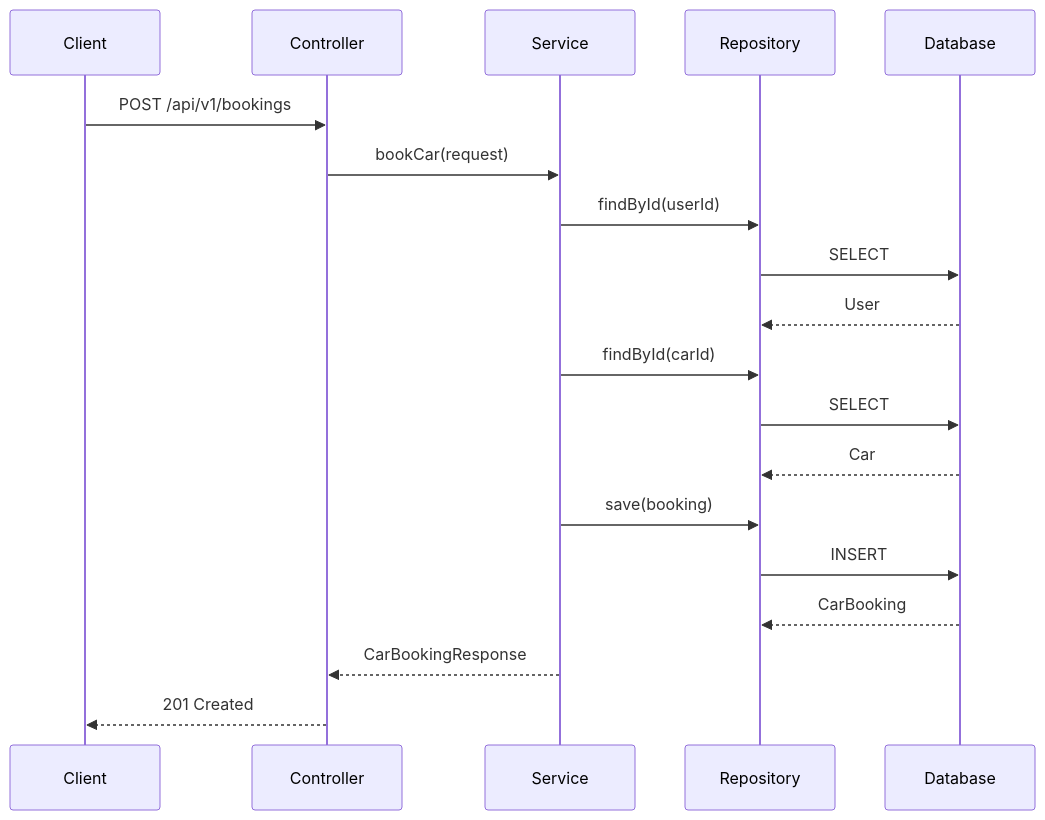
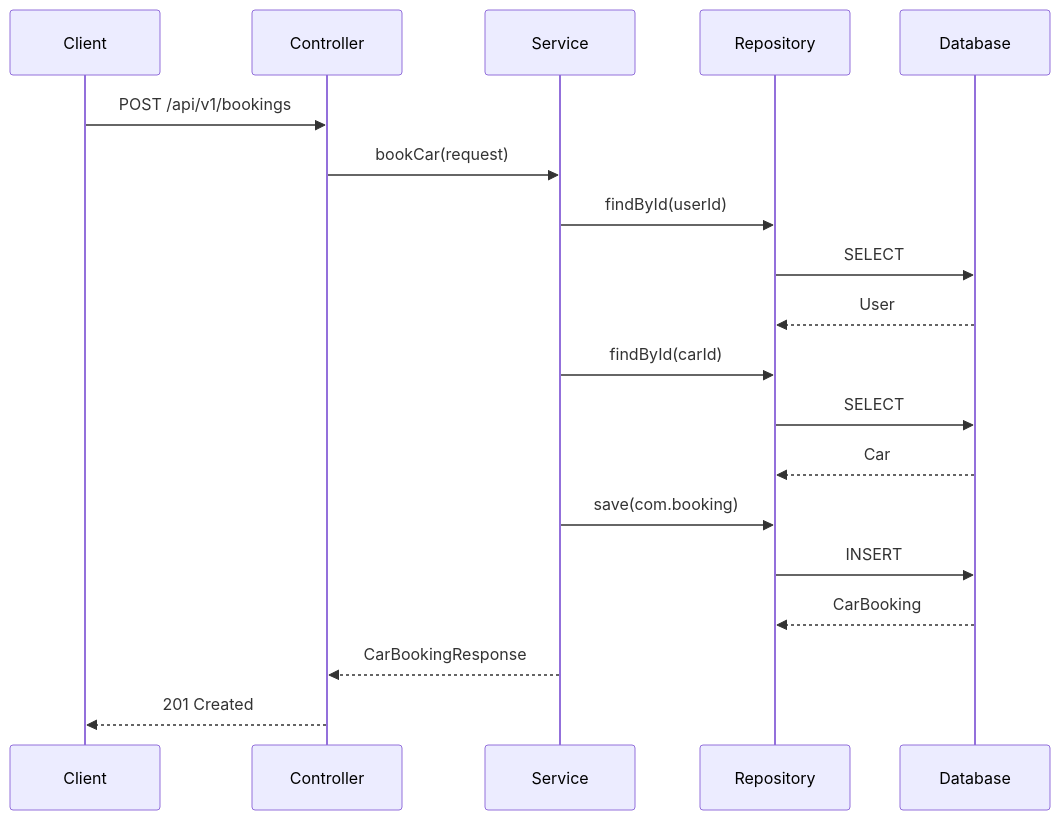
One commit to F1N1X/car-booking changed the tenth of 10 diagrams in README.md. Above: the diagram before and after it, drawn with Mermaid. The commit also changed other lines of this file and 26 other files, not shown here.

````diff
--- a/README.md
+++ b/README.md
@@ -1364,22 +1364,22 @@
 ```mermaid
 sequenceDiagram
     participant Client
     participant Controller
     participant Service
     participant Repository
     participant DB as Database
 
     Client->>Controller: POST /api/v1/bookings
     Controller->>Service: bookCar(request)
     Service->>Repository: findById(userId)
     Repository->>DB: SELECT
     DB-->>Repository: User
     Service->>Repository: findById(carId)
     Repository->>DB: SELECT
     DB-->>Repository: Car
-    Service->>Repository: save(booking)
+    Service->>Repository: save(com.booking)
     Repository->>DB: INSERT
     DB-->>Repository: CarBooking
     Service-->>Controller: CarBookingResponse
     Controller-->>Client: 201 Created
 ```
````
